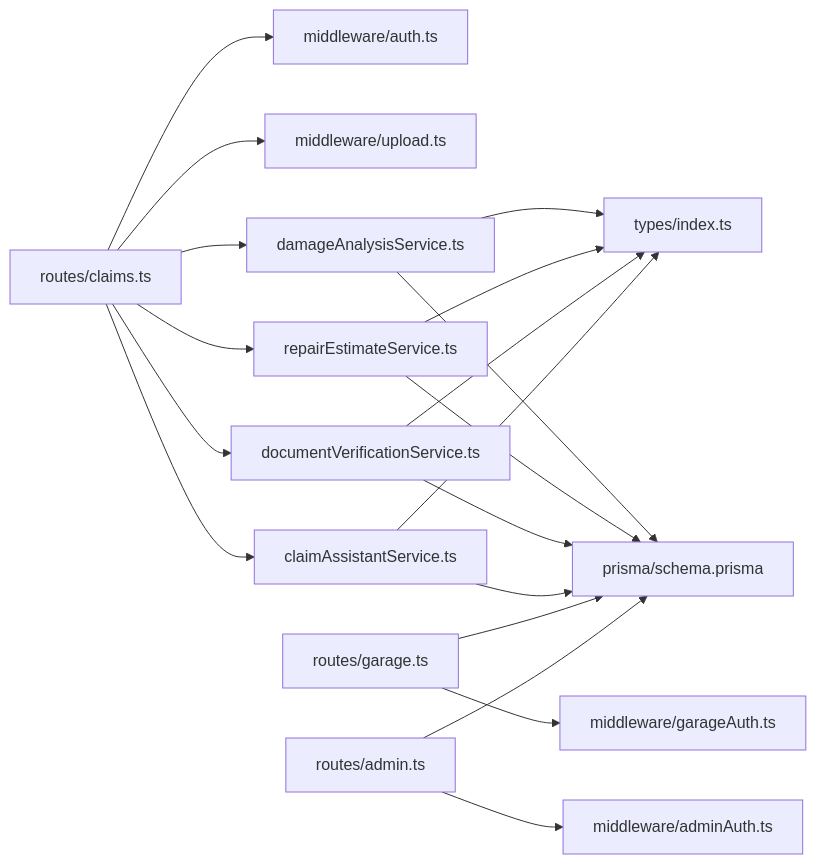
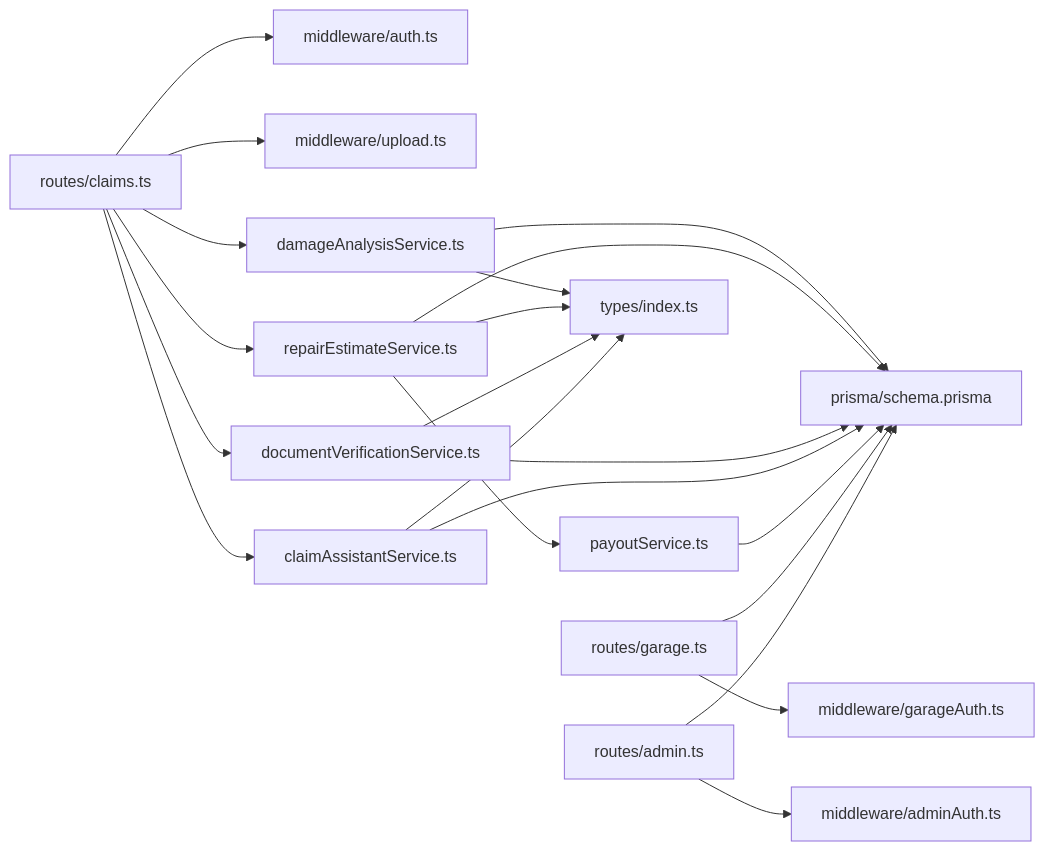
Before and after one commit to NaveenHiranya/Smart-Vehicle-Insurance-Claim-System: diagram 13 of 13 in .qoder/repowiki/en/content/Business Logic Layer/Claims Processing Workflow.md, drawn with Mermaid. The commit also changed other lines of this file and 38 other files, not shown here.

````diff
--- a/.qoder/repowiki/en/content/Business Logic Layer/Claims Processing Workflow.md
+++ b/.qoder/repowiki/en/content/Business Logic Layer/Claims Processing Workflow.md
@@ -464,21 +515,23 @@
 ```mermaid
 graph LR
 R["routes/claims.ts"] --> M1["middleware/auth.ts"]
 R --> M2["middleware/upload.ts"]
 R --> S1["damageAnalysisService.ts"]
 R --> S2["repairEstimateService.ts"]
 R --> S3["documentVerificationService.ts"]
 R --> S4["claimAssistantService.ts"]
 R_G["routes/garage.ts"] --> MG["middleware/garageAuth.ts"]
 R_A["routes/admin.ts"] --> MA["middleware/adminAuth.ts"]
 S1 --> T["types/index.ts"]
 S2 --> T
+S2 --> S5["payoutService.ts"]
 S3 --> T
 S4 --> T
 S1 --> P["prisma/schema.prisma"]
 S2 --> P
 S3 --> P
 S4 --> P
+S5 --> P
 R_G --> P
 R_A --> P
 ```
````
